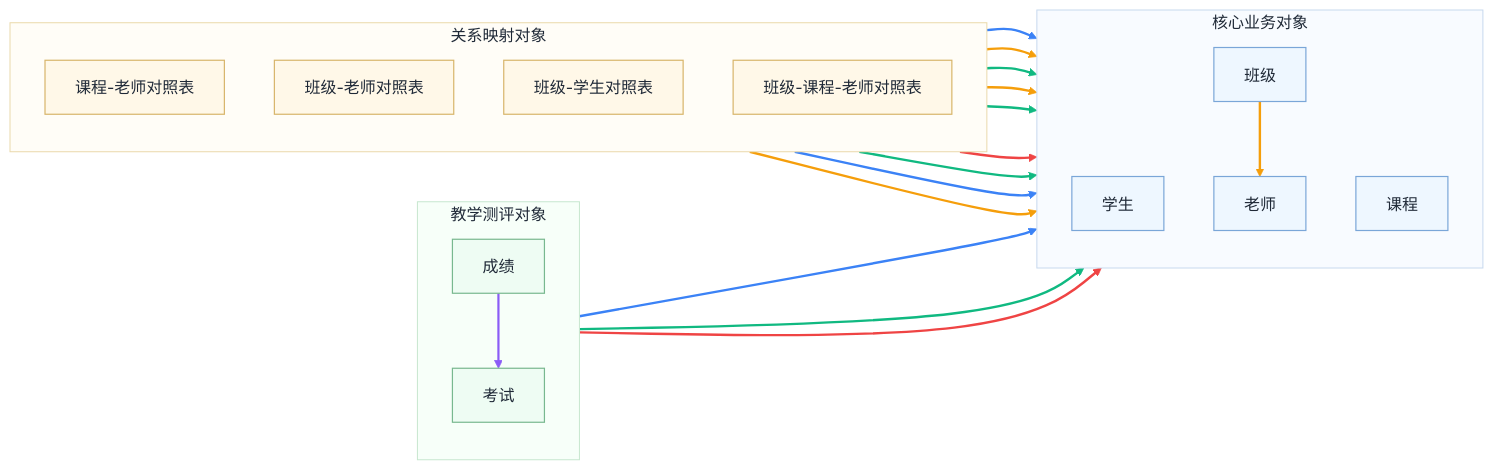
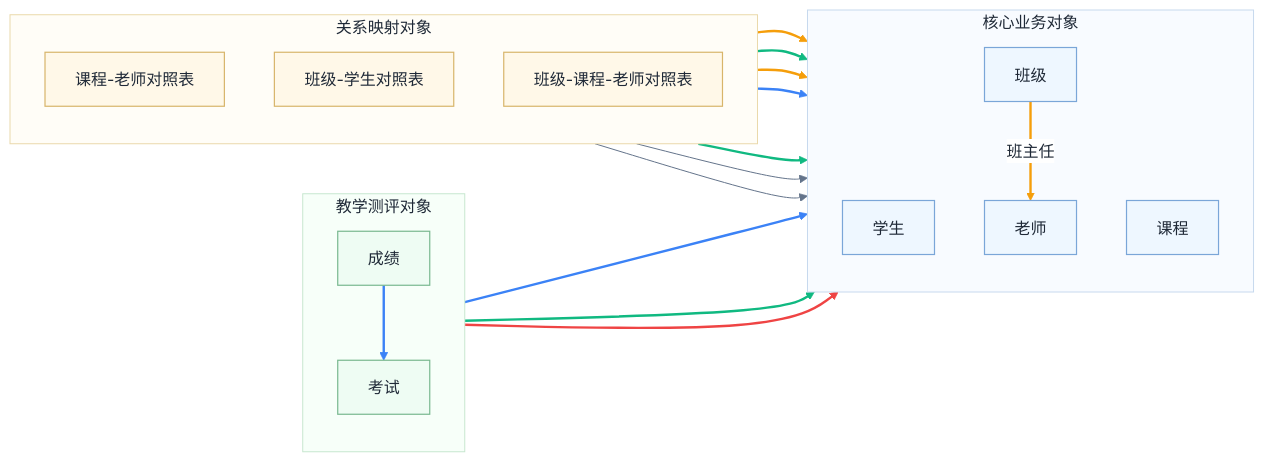
The diagram in docs/business-object-diagram.mmd (AliveverCom/product-example-school-managment), drawn with Mermaid before and after one commit. The commit also changed 5 other files, not shown here.

```diff
--- a/docs/business-object-diagram.mmd
+++ b/docs/business-object-diagram.mmd
@@ -1,60 +1,55 @@
 %%{init: {"theme": "base", "themeVariables": {"background": "#ffffff", "primaryColor": "#ffffff", "secondaryColor": "#ffffff", "tertiaryColor": "#ffffff", "primaryTextColor": "#1f2937", "lineColor": "#64748b", "fontFamily": "PingFang SC, Microsoft YaHei, sans-serif"}}}%%
 flowchart LR
     subgraph core[核心业务对象]
         direction TB
         student[学生]
         teacher[老师]
-        classRoom[班级]
+        schoolClass[班级]
         course[课程]
     end
 
     subgraph teaching[教学测评对象]
         direction TB
         exam[考试]
         score[成绩]
     end
 
     subgraph mapping[关系映射对象]
         direction TB
         courseTeacher[课程-老师对照表]
-        classTeacher[班级-老师对照表]
         classStudent[班级-学生对照表]
         classCourseTeacher[班级-课程-老师对照表]
     end
 
-    classRoom --> teacher
+    schoolClass -->|班主任| teacher
     exam --> course
-    exam --> classRoom
+    exam --> schoolClass
     score --> student
     score --> exam
 
     courseTeacher --> course
     courseTeacher --> teacher
 
-    classTeacher --> classRoom
-    classTeacher --> teacher
-
-    classStudent --> classRoom
+    classStudent --> schoolClass
     classStudent --> student
 
-    classCourseTeacher --> classRoom
+    classCourseTeacher --> schoolClass
     classCourseTeacher --> course
     classCourseTeacher --> teacher
 
     classDef coreNode fill:#eef7ff,stroke:#7aa6d8,stroke-width:1.2px,color:#1f2937;
     classDef teachingNode fill:#eefcf3,stroke:#78b88f,stroke-width:1.2px,color:#1f2937;
     classDef mappingNode fill:#fff8e8,stroke:#d8b56a,stroke-width:1.2px,color:#1f2937;
 
-    class student,teacher,classRoom,course coreNode;
+    class student,teacher,schoolClass,course coreNode;
     class exam,score teachingNode;
-    class courseTeacher,classTeacher,classStudent,classCourseTeacher mappingNode;
+    class courseTeacher,classStudent,classCourseTeacher mappingNode;
 
-    linkStyle 0,6,8,13 stroke:#f59e0b,stroke-width:2.4px;
-    linkStyle 1,5,12 stroke:#3b82f6,stroke-width:2.4px;
-    linkStyle 2,7,9,11 stroke:#10b981,stroke-width:2.4px;
-    linkStyle 3,10 stroke:#ef4444,stroke-width:2.4px;
-    linkStyle 4 stroke:#8b5cf6,stroke-width:2.2px;
+    linkStyle 0,5,7 stroke:#f59e0b,stroke-width:2.4px;
+    linkStyle 1,4,8 stroke:#3b82f6,stroke-width:2.4px;
+    linkStyle 2,6,9 stroke:#10b981,stroke-width:2.4px;
+    linkStyle 3 stroke:#ef4444,stroke-width:2.4px;
 
     style core fill:#f8fbff,stroke:#c7d9ee,stroke-width:1px,color:#1f2937;
     style teaching fill:#f7fff9,stroke:#c7e7cf,stroke-width:1px,color:#1f2937;
     style mapping fill:#fffdf7,stroke:#ead9ab,stroke-width:1px,color:#1f2937;
```
